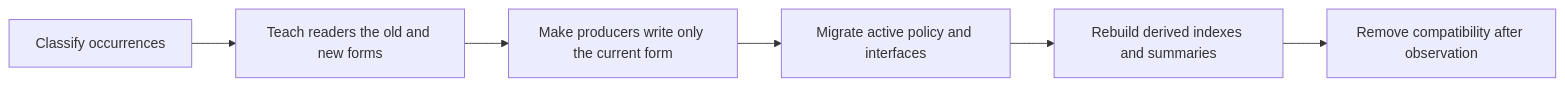
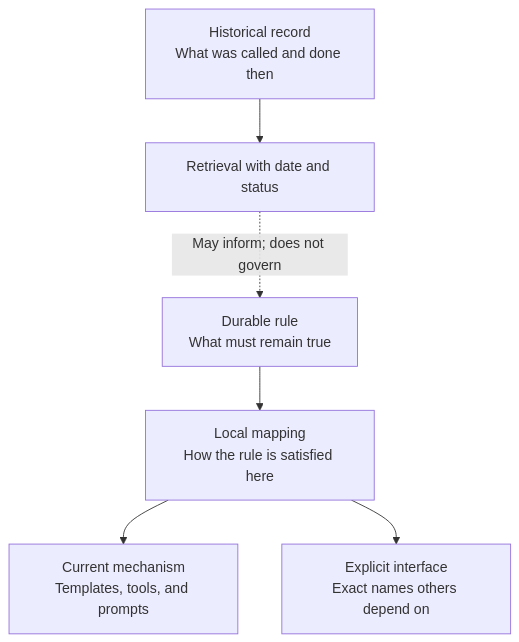
One commit to ayahohner/inner-lattice changed the second of 2 diagrams in src/content/posts/when-names-become-architecture.md. Above: the diagram before and after it, drawn with Mermaid. The commit also changed other lines of this file, not shown here.

Commit message:
docs(blog): rewrite names as architecture essay

````diff
--- a/src/content/posts/when-names-become-architecture.md
+++ b/src/content/posts/when-names-become-architecture.md
@@ -114,8 +70,8 @@
 ```mermaid
-flowchart LR
-    A["Classify occurrences"] --> B["Teach readers the old and new forms"]
-    B --> C["Make producers write only the current form"]
-    C --> D["Migrate active policy and interfaces"]
-    D --> E["Rebuild derived indexes and summaries"]
-    E --> F["Remove compatibility after observation"]
+flowchart TD
+    A["Durable rule<br/>What must remain true"] --> B["Local mapping<br/>How the rule is satisfied here"]
+    B --> C["Current mechanism<br/>Templates, tools, and prompts"]
+    B --> D["Explicit interface<br/>Exact names others depend on"]
+    E["Historical record<br/>What was called and done then"] --> F["Retrieval with date and status"]
+    F -.->|"May inform; does not govern"| A
 ```
````
